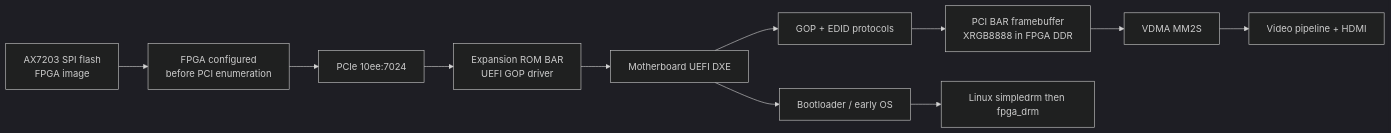
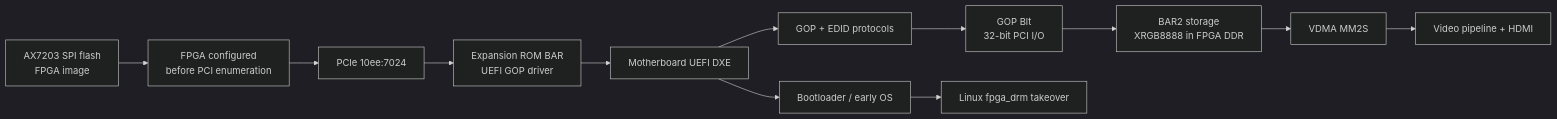
The diagram in doc/gop_research/README.md (alpkoyun/Simple-Display-Controller), drawn with Mermaid (dark theme) before and after one commit. The commit also changed other lines of this file and 24 other files, not shown here.

````diff
--- a/doc/gop_research/README.md
+++ b/doc/gop_research/README.md
@@ -33,13 +34,14 @@
 ```mermaid
 flowchart LR
     QSPI[AX7203 SPI flash\nFPGA image] --> FPGA[FPGA configured\nbefore PCI enumeration]
     FPGA --> PCIE[PCIe 10ee:7024]
     PCIE --> ROM[Expansion ROM BAR\nUEFI GOP driver]
     ROM --> UEFI[Motherboard UEFI DXE]
     UEFI --> GOP[GOP + EDID protocols]
-    GOP --> FB[PCI BAR framebuffer\nXRGB8888 in FPGA DDR]
+    GOP --> BLT[GOP Blt\n32-bit PCI I/O]
+    BLT --> FB[BAR2 storage\nXRGB8888 in FPGA DDR]
     FB --> VDMA[VDMA MM2S]
     VDMA --> HDMI[Video pipeline + HDMI]
     UEFI --> BOOT[Bootloader / early OS]
-    BOOT --> DRM[Linux simpledrm then fpga_drm]
+    BOOT --> DRM[Linux fpga_drm takeover]
 ```
````
